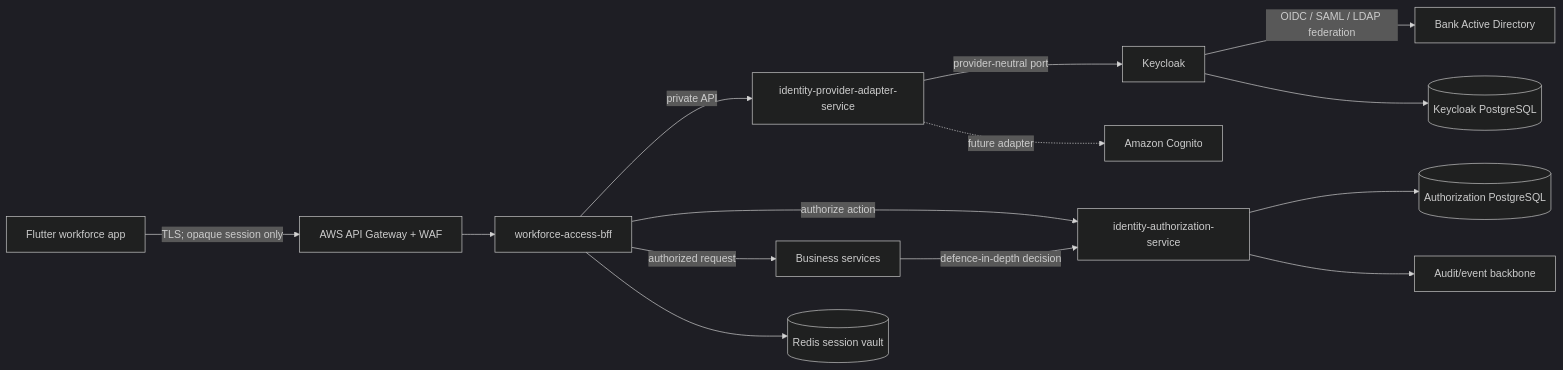
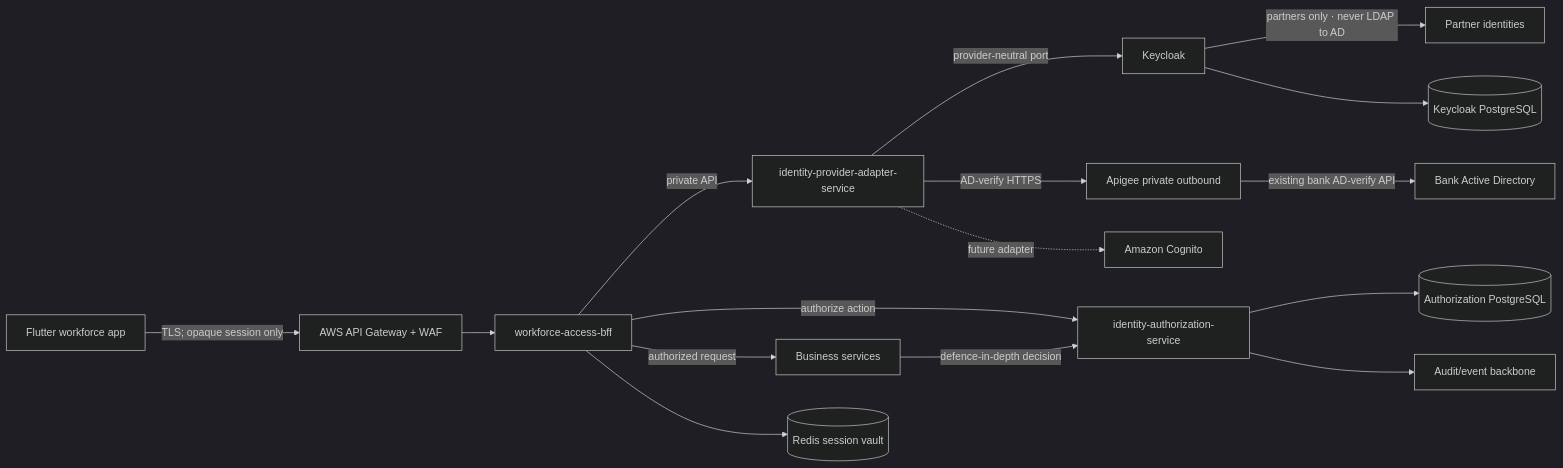
One commit to Mahesh38/bank-insurance-platform changed the diagram in docs/platform/authentication-authorization/README.md. Above: the diagram before and after it, drawn with Mermaid (dark theme). The commit also changed other lines of this file and 27 other files, not shown here.

First line of the commit message:
Bind ADR-020 split API plane through LLD, HLD and diagrams

````diff
--- a/docs/platform/authentication-authorization/README.md
+++ b/docs/platform/authentication-authorization/README.md
@@ -44,16 +52,18 @@
 ```mermaid
 flowchart LR
     Flutter[Flutter workforce app] -->|TLS; opaque session only| Gateway[AWS API Gateway + WAF]
     Gateway --> BFF[workforce-access-bff]
     BFF -->|private API| Adapter[identity-provider-adapter-service]
     BFF -->|authorize action| Authz[identity-authorization-service]
     BFF -->|authorized request| Domain[Business services]
     Domain -->|defence-in-depth decision| Authz
     Adapter -->|provider-neutral port| Keycloak[Keycloak]
-    Keycloak -->|OIDC / SAML / LDAP federation| AD[Bank Active Directory]
+    Adapter -->|AD-verify HTTPS| Apigee[Apigee private outbound]
+    Apigee -->|existing bank AD-verify API| AD[Bank Active Directory]
+    Keycloak -->|partners only · never LDAP to AD| Partners[Partner identities]
     Adapter -.future adapter.-> Cognito[Amazon Cognito]
     Authz --> AuthzDb[(Authorization PostgreSQL)]
     Keycloak --> KeycloakDb[(Keycloak PostgreSQL)]
     BFF --> Sessions[(Redis session vault)]
     Authz --> Events[Audit/event backbone]
 ```
````
